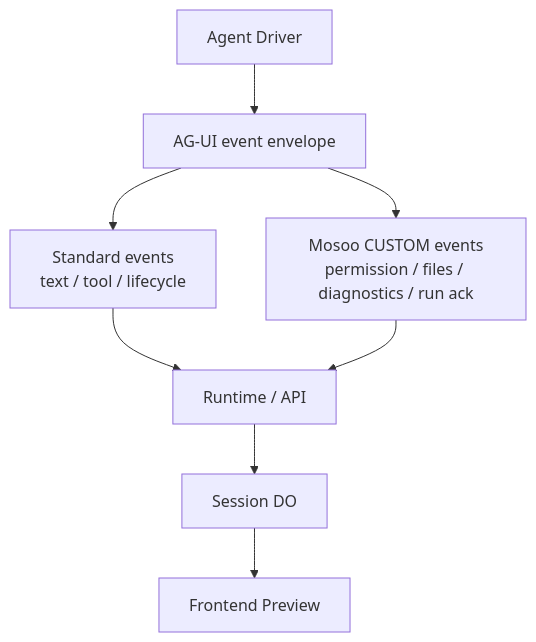
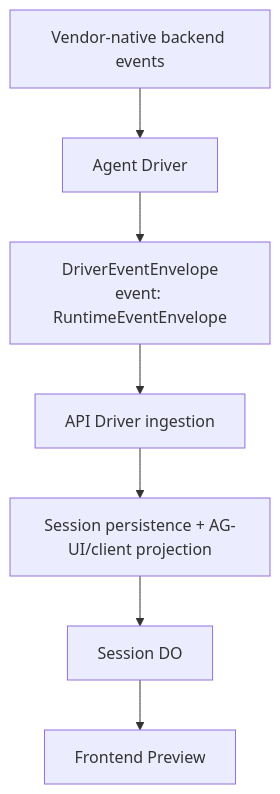
The second of 5 diagrams in docs/prd/runtime-session-kernel.md (langgenius/mosoo), drawn with Mermaid before and after one commit. The commit also changed other lines of this file and 66 other files, not shown here.

````diff
--- a/docs/prd/runtime-session-kernel.md
+++ b/docs/prd/runtime-session-kernel.md
@@ -105,10 +117,9 @@
 ```mermaid
 flowchart TD
-  Driver["Agent Driver"] --> Envelope["AG-UI event envelope"]
-  Envelope --> Std["Standard events<br/>text / tool / lifecycle"]
-  Envelope --> Custom["Mosoo CUSTOM events<br/>permission / files / diagnostics / run ack"]
-  Std --> Runtime["Runtime / API"]
-  Custom --> Runtime
-  Runtime --> SessionDO["Session DO"]
+  Native["Vendor-native backend events"] --> Driver["Agent Driver"]
+  Driver --> Envelope["DriverEventEnvelope<br/>event: RuntimeEventEnvelope"]
+  Envelope --> Runtime["API Driver ingestion"]
+  Runtime --> Projection["Session persistence + AG-UI/client projection"]
+  Projection --> SessionDO["Session DO"]
   SessionDO --> Frontend["Frontend Preview"]
 ```
````
